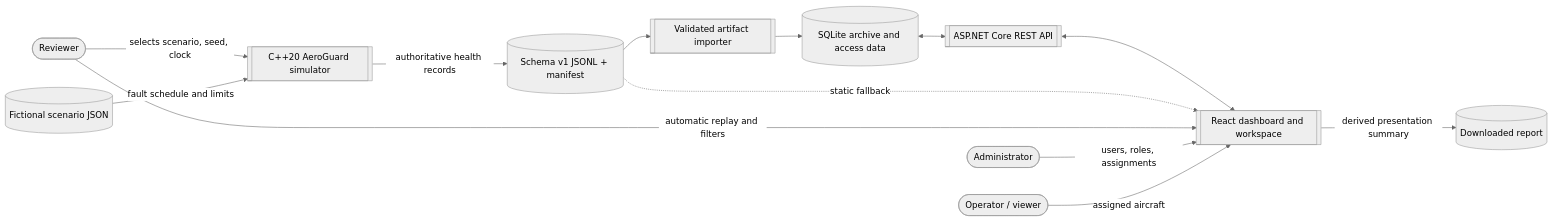
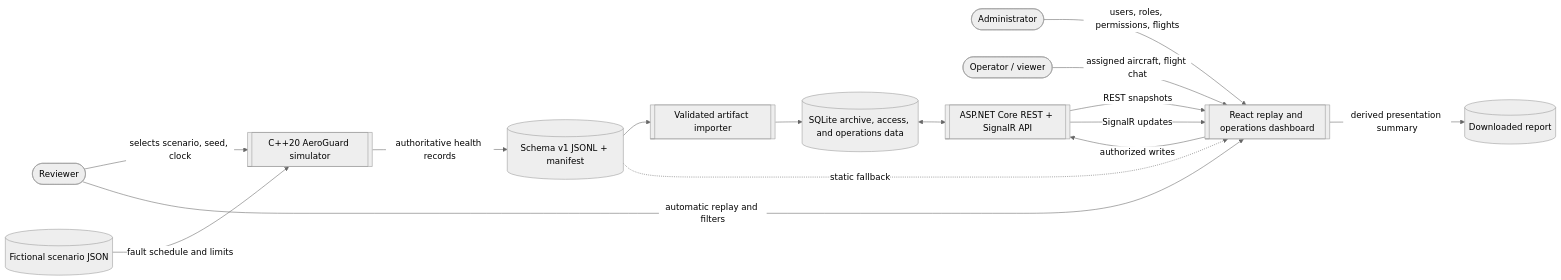
One commit to dzikidziklasrwie/AeroGuard changed the first of 7 diagrams in docs/architecture.md. Above: the diagram before and after it, drawn with Mermaid (neutral theme). The commit also changed other lines of this file and 18 other files, not shown here.

````diff
--- a/docs/architecture.md
+++ b/docs/architecture.md
@@ -11,27 +12,29 @@
 ```mermaid
 flowchart LR
     Reviewer([Reviewer])
     Admin([Administrator])
     User([Operator / viewer])
     Scenario[(Fictional scenario JSON)]
     Core[[C++20 AeroGuard simulator]]
     Replay[(Schema v1 JSONL + manifest)]
     Importer[[Validated artifact importer]]
-    Database[(SQLite archive and access data)]
-    API[[ASP.NET Core REST API]]
-    UI[[React dashboard and workspace]]
+    Database[(SQLite archive, access, and operations data)]
+    API[[ASP.NET Core REST + SignalR API]]
+    UI[[React replay and operations dashboard]]
     Report[(Downloaded report)]
 
     Reviewer -->|selects scenario, seed, clock| Core
     Scenario -->|fault schedule and limits| Core
     Core -->|authoritative health records| Replay
     Replay --> Importer
     Importer --> Database
     Database <--> API
-    API <--> UI
+    API -->|REST snapshots| UI
+    API -->|SignalR updates| UI
+    UI -->|authorized writes| API
     Replay -. static fallback .-> UI
     Reviewer -->|automatic replay and filters| UI
-    Admin -->|users, roles, assignments| UI
-    User -->|assigned aircraft| UI
+    Admin -->|users, roles, permissions, flights| UI
+    User -->|assigned aircraft, flight chat| UI
     UI -->|derived presentation summary| Report
 ```
````
